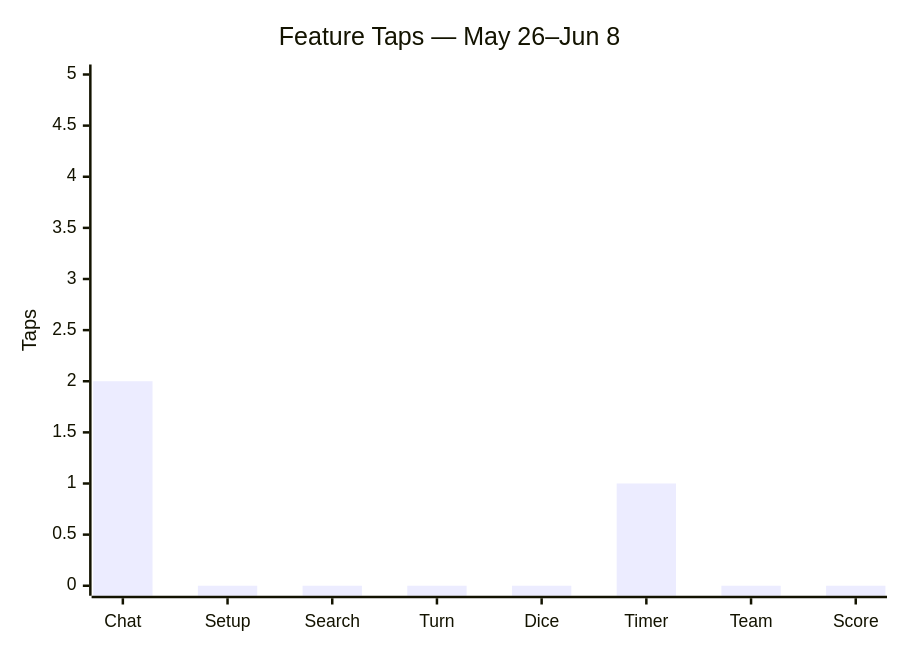
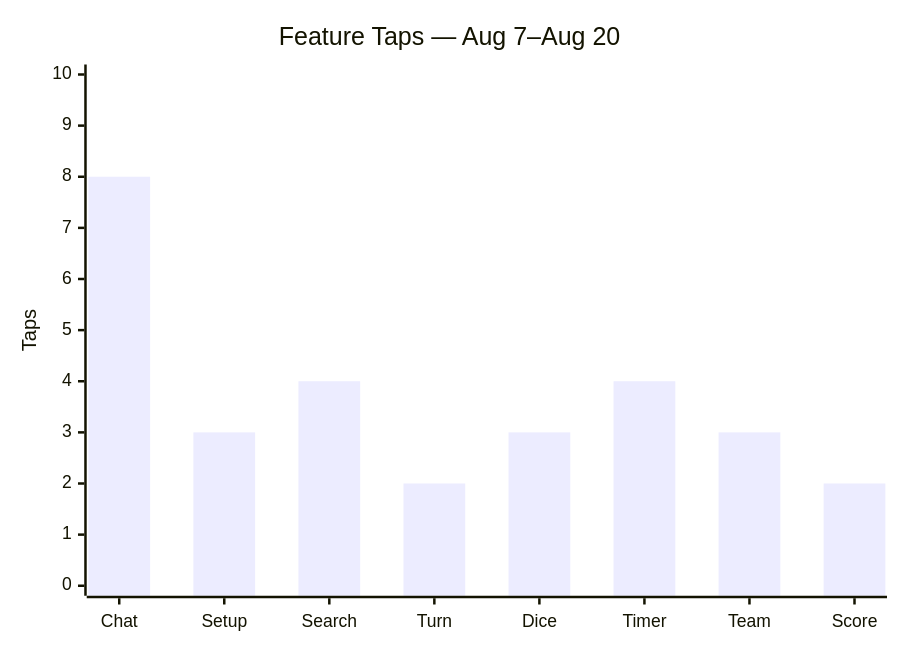
One commit to thrustCoder/gamer-uncle changed the third of 3 diagrams in docs/telemetry/usage_analytics.md. Above: the diagram before and after it, drawn with Mermaid. The commit also changed other lines of this file and 42 other files, not shown here.

````diff
--- a/docs/telemetry/usage_analytics.md
+++ b/docs/telemetry/usage_analytics.md
@@ -151,7 +172,7 @@
 ```mermaid
 xychart-beta
-    title "Feature Taps — May 26–Jun 8"
+    title "Feature Taps — Aug 7–Aug 20"
     x-axis ["Chat", "Setup", "Search", "Turn", "Dice", "Timer", "Team", "Score"]
-    y-axis "Taps" 0 --> 5
-    bar [2, 0, 0, 0, 0, 1, 0, 0]
+    y-axis "Taps" 0 --> 10
+    bar [8, 3, 4, 2, 3, 4, 3, 2]
 ```
````
